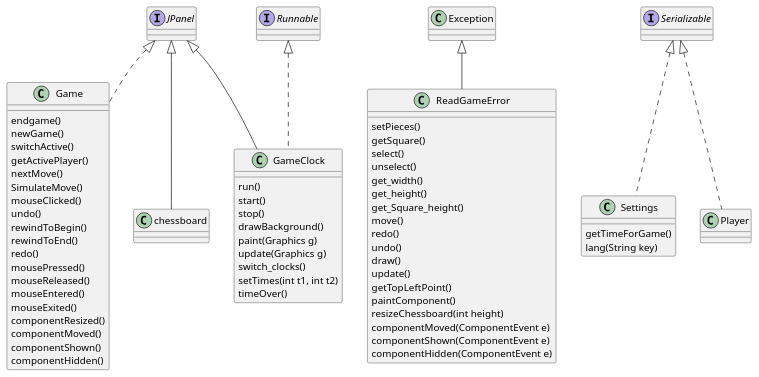
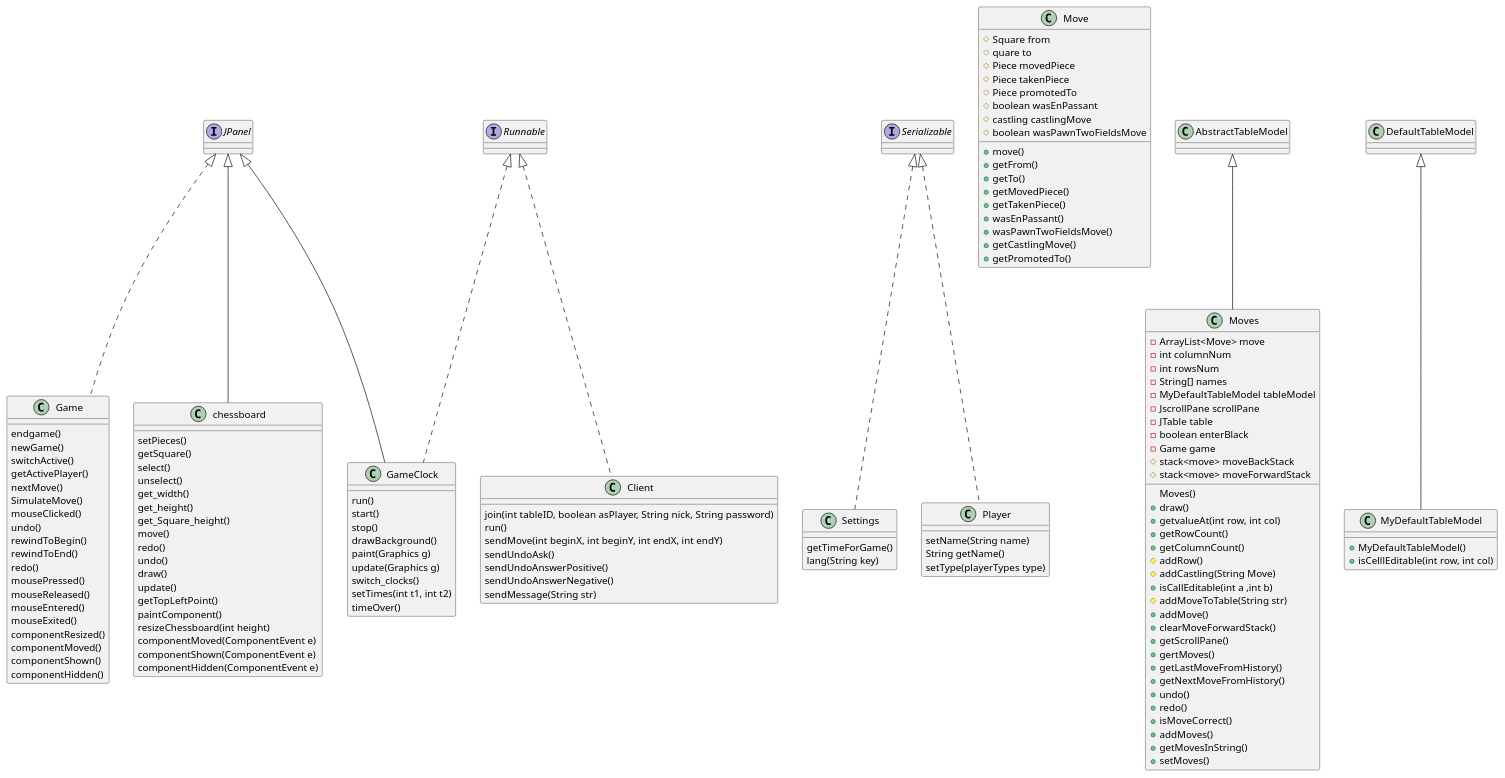
Before and after one commit to ajosuemendez/ChessApp: the diagram in jchess/ClassDiagram.puml, drawn with PlantUML.

Commit message:
updated Class Diagram

```diff
--- a/jchess/ClassDiagram.puml
+++ b/jchess/ClassDiagram.puml
@@ -1,69 +1,138 @@
 @startuml
 'https://plantuml.com/class-diagram
 
 
 class Game implements JPanel {
 endgame()
 newGame()
 switchActive()
 getActivePlayer()
 nextMove()
 SimulateMove()
 mouseClicked()
 undo()
 rewindToBegin()
 rewindToEnd()
 redo()
 mousePressed()
 mouseReleased()
 mouseEntered()
 mouseExited()
 componentResized()
 componentMoved()
 componentShown()
 componentHidden()
 }
-class ReadGameError extends Exception {
+
+class GameClock extends JPanel implements Runnable{
+run()
+start()
+stop()
+drawBackground()
+paint(Graphics g)
+update(Graphics g)
+switch_clocks()
+setTimes(int t1, int t2)
+timeOver()
+
+}
+class Settings implements Serializable{
+getTimeForGame()
+lang(String key)
+}
+class Player implements Serializable{
+setName(String name)
+String getName()
+setType(playerTypes type)
+}
+class Client implements Runnable{
+join(int tableID, boolean asPlayer, String nick, String password)
+run()
+sendMove(int beginX, int beginY, int endX, int endY)
+sendUndoAsk()
+sendUndoAnswerPositive()
+sendUndoAnswerNegative()
+sendMessage(String str)
+}
+class chessboard extends JPanel {
 setPieces()
 getSquare()
 select()
 unselect()
 get_width()
 get_height()
 get_Square_height()
 move()
 redo()
 undo()
 draw()
 update()
 getTopLeftPoint()
 paintComponent()
 resizeChessboard(int height)
 componentMoved(ComponentEvent e)
 componentShown(ComponentEvent e)
 componentHidden(ComponentEvent e)
 }
-class GameClock extends JPanel implements Runnable{
-run()
-start()
-stop()
-drawBackground()
-paint(Graphics g)
-update(Graphics g)
-switch_clocks()
-setTimes(int t1, int t2)
-timeOver()
-
-}
-class Settings implements Serializable{
-getTimeForGame()
-lang(String key)
-}
-class Player implements Serializable{
+class Move {
+#Square from
+#quare to
+#Piece movedPiece
+#Piece takenPiece
+#Piece promotedTo
+#boolean wasEnPassant
+#castling castlingMove
+#boolean wasPawnTwoFieldsMove
++move()
++ getFrom()
++ getTo()
++getMovedPiece()
++getTakenPiece()
++wasEnPassant()
++wasPawnTwoFieldsMove()
++getCastlingMove()
++getPromotedTo()
 
 
 }
-class chessboard extends JPanel {
+class Moves extends AbstractTableModel{
+-ArrayList<Move> move
+-int columnNum
+-int rowsNum
+-String[] names
+-MyDefaultTableModel tableModel
+- JscrollPane scrollPane
+-JTable table
+- boolean enterBlack
+- Game game
+# stack<move> moveBackStack
+# stack<move> moveForwardStack
+ Moves()
+ + draw()
+ + getvalueAt(int row, int col)
+ + getRowCount()
+ + getColumnCount()
+ # addRow()
+ # addCastling(String Move)
+ + isCallEditable(int a ,int b)
+ # addMoveToTable(String str)
+ + addMove()
+ + clearMoveForwardStack()
+ + getScrollPane()
+ + gertMoves()
+ + getLastMoveFromHistory()
+ + getNextMoveFromHistory()
+ + undo()
+ + redo()
+ + isMoveCorrect()
+ + addMoves()
+ + getMovesInString()
+ + setMoves()
+
 
 }
+class MyDefaultTableModel extends DefaultTableModel{
++ MyDefaultTableModel()
++ isCelllEditable(int row, int col)
+}
 @enduml
```
